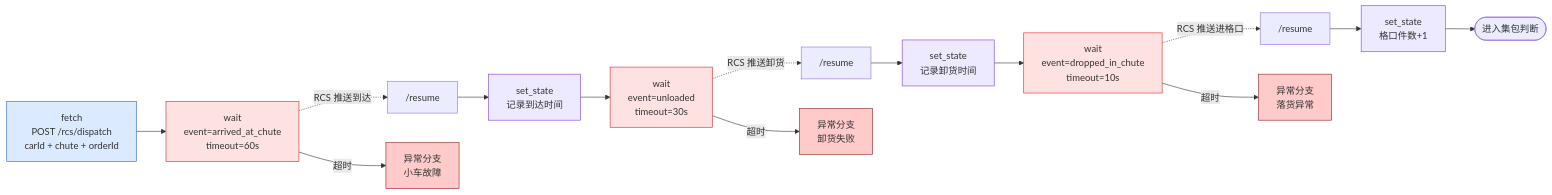
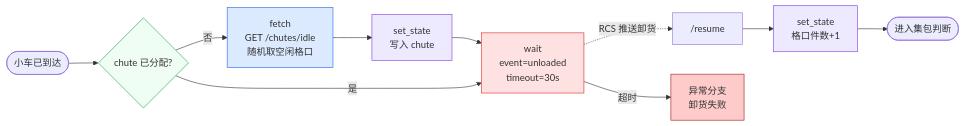
Before and after one commit to junqing258/ses-flow: the third of 5 diagrams in docs/plans/分拣场景规划.md, drawn with Mermaid. The commit also changed other lines of this file and 1 other file, not shown here.

````diff
--- a/docs/plans/分拣场景规划.md
+++ b/docs/plans/分拣场景规划.md
@@ -172,23 +162,23 @@
 ```mermaid
 flowchart LR
-    R1[fetch<br/>POST /rcs/dispatch<br/>carId + chute + orderId] --> R2[wait<br/>event=arrived_at_chute<br/>timeout=60s]
-    R2 -.RCS 推送到达.-> R2R["/resume"] --> R3[set_state<br/>记录到达时间]
-    R3 --> R4[wait<br/>event=unloaded<br/>timeout=30s]
-    R4 -.RCS 推送卸货.-> R4R["/resume"] --> R5[set_state<br/>记录卸货时间]
-    R5 --> R6[wait<br/>event=dropped_in_chute<br/>timeout=10s]
-    R6 -.RCS 推送进格口.-> R6R["/resume"] --> R7[set_state<br/>格口件数+1]
-    R7 --> OUT([进入集包判断])
+    ENTRY([小车已到达]) --> R0{chute 已分配?}
+    R0 -- 否 --> R0F[fetch<br/>GET /chutes/idle<br/>随机取空闲格口]
+    R0F --> R0S[set_state<br/>写入 chute]
+    R0S --> R4
+    R0 -- 是 --> R4[wait<br/>event=unloaded<br/>timeout=30s]
+    R4 -.RCS 推送卸货.-> R4R["/resume"] --> R5[set_state<br/>格口件数+1]
+    R5 --> OUT([进入集包判断])
 
-    R2 -- 超时 --> E1[异常分支<br/>小车故障]
     R4 -- 超时 --> E2[异常分支<br/>卸货失败]
-    R6 -- 超时 --> E3[异常分支<br/>落货异常]
 
     classDef wait fill:#fee2e2,stroke:#dc2626
     classDef fetch fill:#dbeafe,stroke:#2563eb
     classDef state fill:#ede9fe,stroke:#7c3aed
     classDef err fill:#fecaca,stroke:#991b1b
-    class R2,R4,R6 wait
-    class R1 fetch
-    class R3,R5,R7 state
-    class E1,E2,E3 err
+    classDef cond fill:#f0fdf4,stroke:#16a34a
+    class R4 wait
+    class R0F fetch
+    class R0S,R5 state
+    class E2 err
+    class R0 cond
 ```
````
